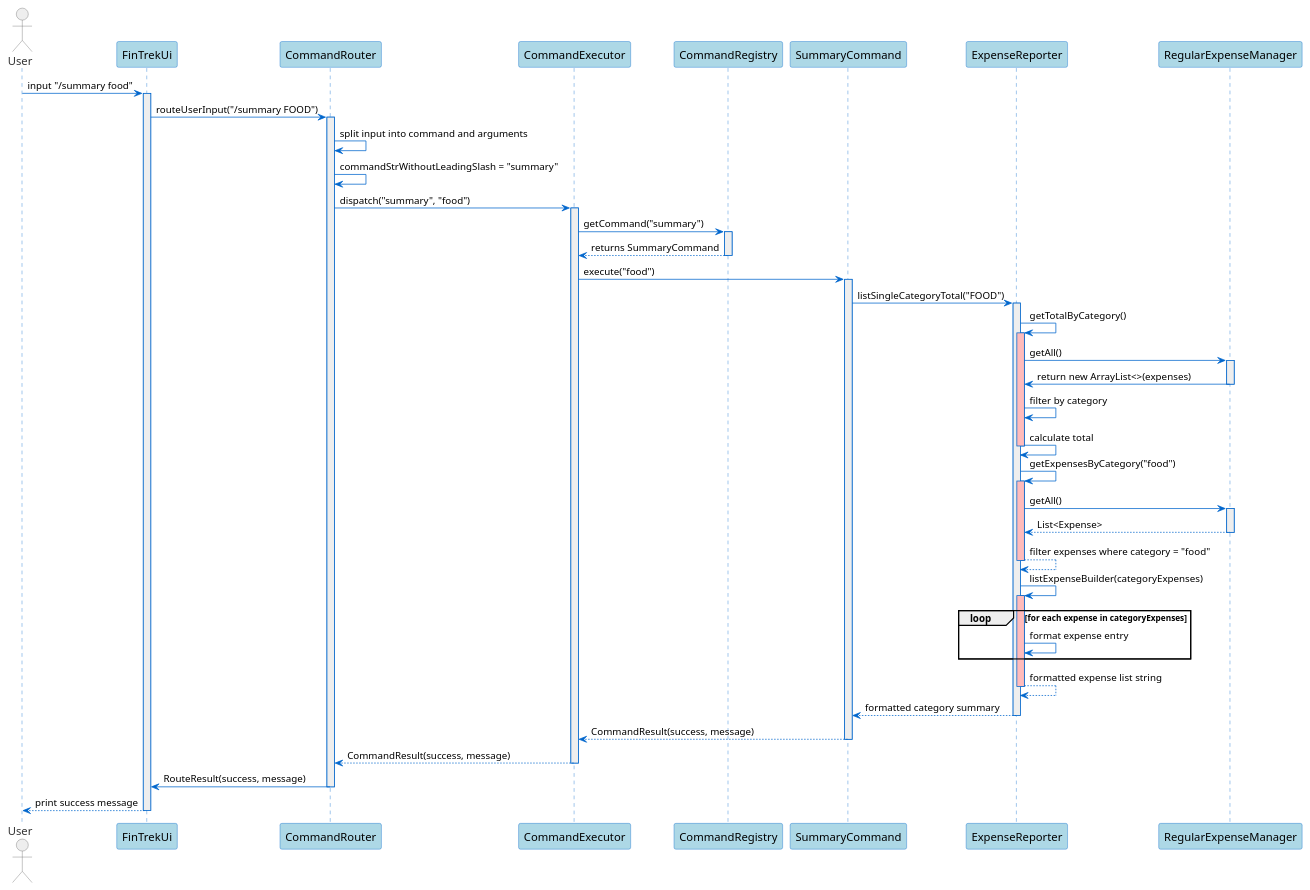
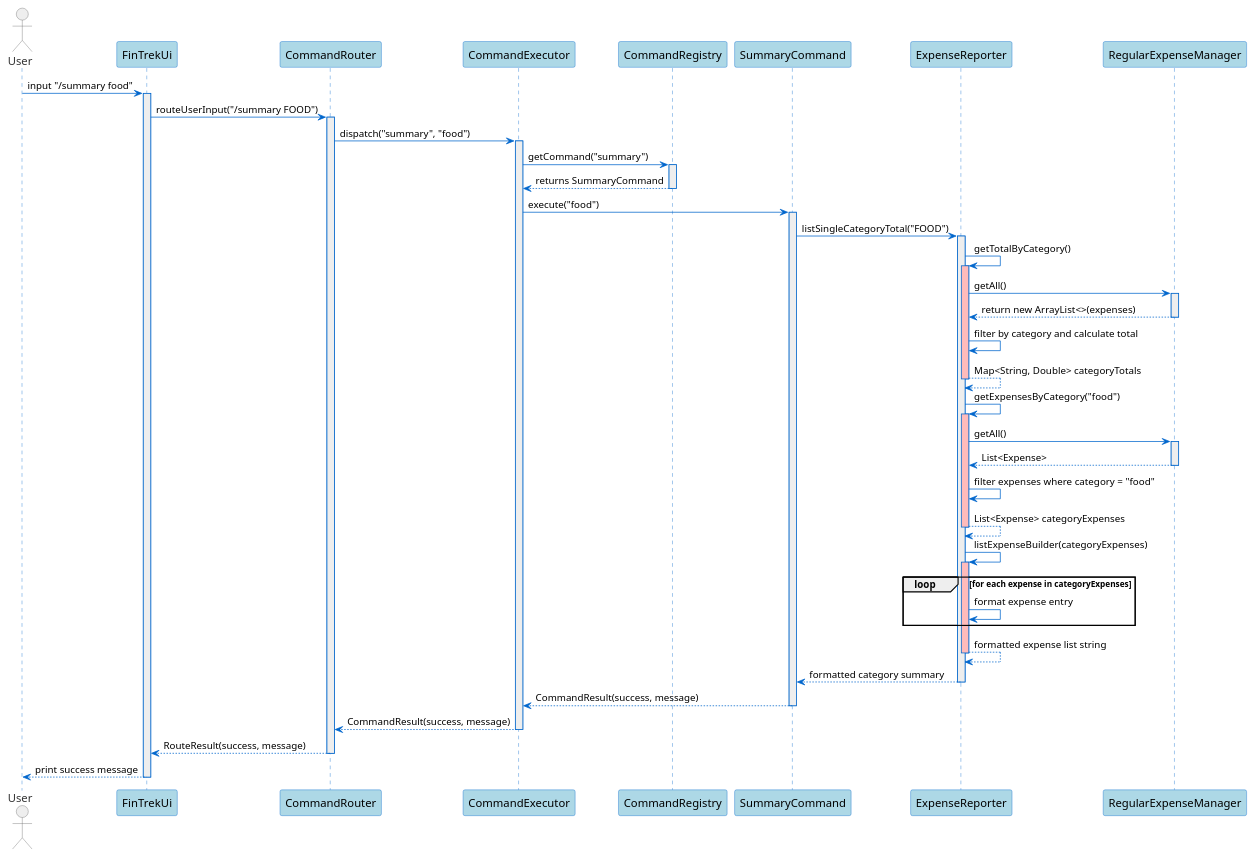
Before and after one commit to randust/tp: the diagram in docs/diagrams/sequence/summary.puml, drawn with PlantUML. The commit also changed 4 other files, not shown here.

Commit message:
Update DG, add and summary sequence diagram

```diff
--- a/docs/diagrams/sequence/summary.puml
+++ b/docs/diagrams/sequence/summary.puml
@@ -1,106 +1,104 @@
 @startuml
 skinparam sequence {
   ArrowColor #0066CC
   LifeLineBorderColor #0066CC
   LifeLineBackgroundColor #EEEEEE
 
   ParticipantBorderColor #0066CC
   ParticipantBackgroundColor #ADD8E6
   ParticipantFontColor #000000
   ParticipantFontSize 15
 
   ActorBorderColor #666666
   ActorBackgroundColor #EEEEEE
   ActorFontColor #333333
   ActorFontSize 15
 }
 
 skinparam note {
   BackgroundColor #FFE9B3
   BorderColor #E8C174
 }
 
 actor "User" as user
 participant "FinTrekUi" as FT
 participant "CommandRouter" as router
 participant "CommandExecutor" as executor
 participant "CommandRegistry" as registry
 participant "SummaryCommand" as SC
 participant "ExpenseReporter" as ER
 participant "RegularExpenseManager" as REM
 
 user -> FT: input "/summary food"
 activate FT
 
 FT -> router: routeUserInput("/summary FOOD")
 activate router
 
-router -> router: split input into command and arguments
-router -> router: commandStrWithoutLeadingSlash = "summary"
-
 router -> executor: dispatch("summary", "food")
 activate executor
 
 executor -> registry: getCommand("summary")
 activate registry
 
 registry --> executor: returns SummaryCommand
 deactivate registry
 
 executor -> SC: execute("food")
 activate SC
 
 SC -> ER: listSingleCategoryTotal("FOOD")
 activate ER
 
 ER -> ER: getTotalByCategory()
 activate ER #FFBBBB
 
 ER -> REM: getAll()
 activate REM
 
-REM -> ER: return new ArrayList<>(expenses)
+REM --> ER: return new ArrayList<>(expenses)
 deactivate REM
 
-ER -> ER: filter by category
-ER -> ER: calculate total
+ER -> ER: filter by category and calculate total
+ER --> ER: Map<String, Double> categoryTotals
 deactivate ER
 
 ER -> ER: getExpensesByCategory("food")
 activate ER #FFBBBB
 
 ER -> REM: getAll()
 activate REM
 
 REM --> ER: List<Expense>
 deactivate REM
 
-ER --> ER: filter expenses where category = "food"
+ER -> ER: filter expenses where category = "food"
+ER --> ER: List<Expense> categoryExpenses
 deactivate ER
 
 ER -> ER: listExpenseBuilder(categoryExpenses)
 activate ER #FFBBBB
 
 loop for each expense in categoryExpenses
 ER -> ER: format expense entry
 end
 
 ER --> ER: formatted expense list string
 deactivate ER
 
 ER --> SC: formatted category summary
 deactivate ER
 
 SC --> executor: CommandResult(success, message)
 deactivate SC
 
 executor --> router: CommandResult(success, message)
 deactivate executor
 
-router -> FT: RouteResult(success, message)
+router --> FT: RouteResult(success, message)
 deactivate router
 
 FT --> user: print success message
 deactivate FT
 
 @enduml
```
